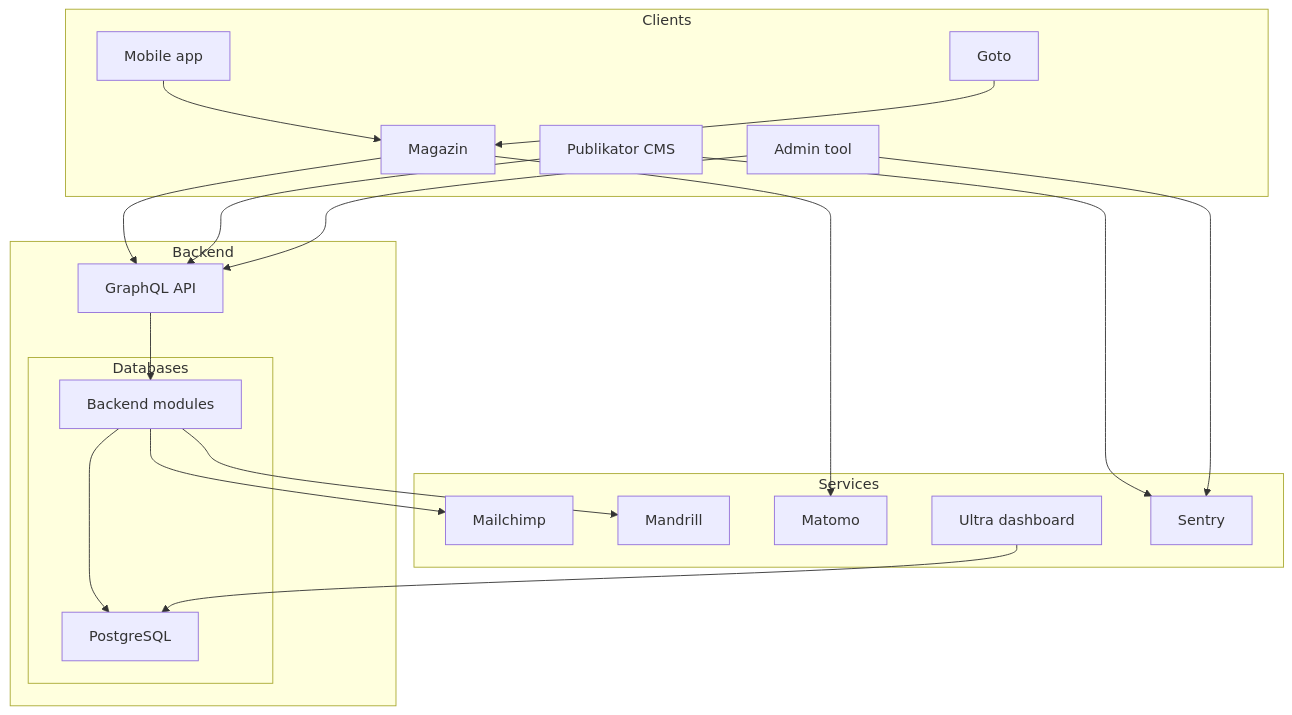
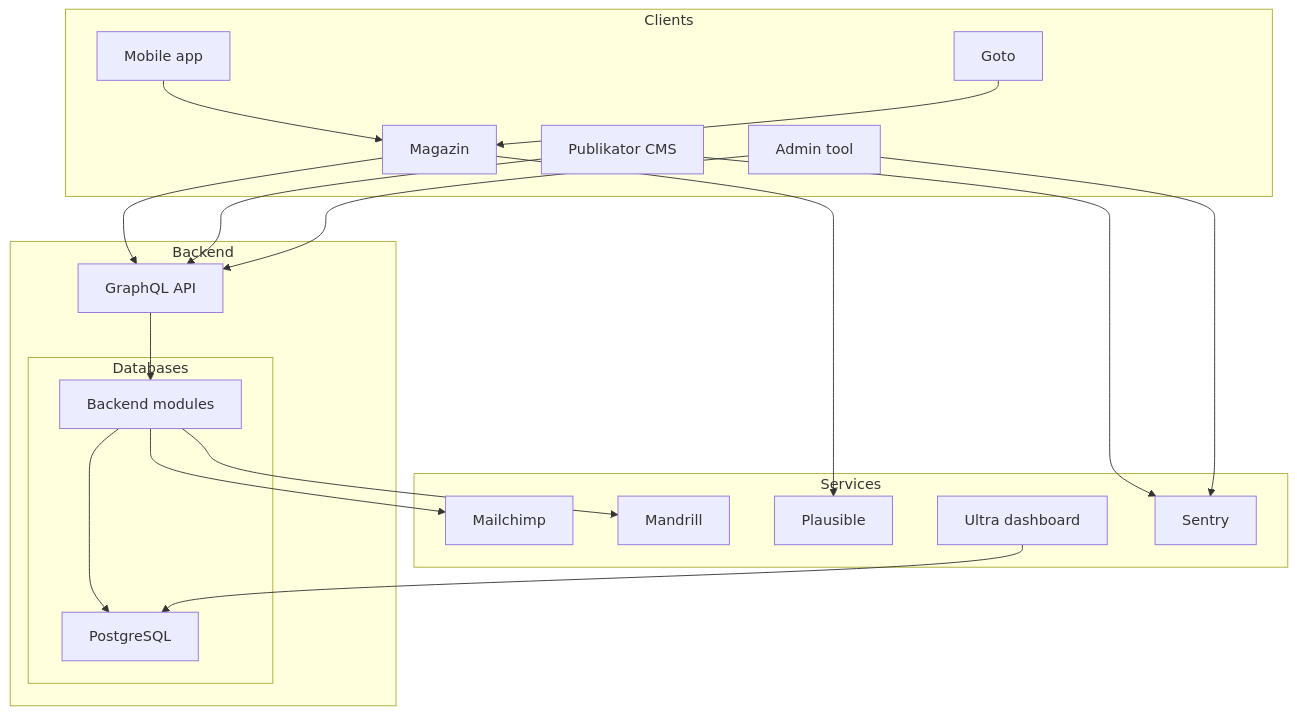
Before and after one commit to republik/plattform: the diagram in docs/pages/software/architecture.md, drawn with Mermaid. The commit also changed other lines of this file and 1 other file, not shown here.

Commit message:
remove matomo mentions

````diff
--- a/docs/pages/software/architecture.md
+++ b/docs/pages/software/architecture.md
@@ -5,44 +5,44 @@
 ```mermaid
 graph TD;
   subgraph Clients [Clients]
     APP[Mobile app];
     MAGAZIN[Magazin];
     PUBLIKATOR[Publikator CMS];
     ADMIN[Admin tool];
     GOTO[Goto];
     APP --> MAGAZIN;
     GOTO --> MAGAZIN;
   end
 
   subgraph Backend [Backend]
     API[GraphQL API];
     BACKEND_MODULES[Backend modules];
     API --> BACKEND_MODULES;
     MAGAZIN --> API;
     PUBLIKATOR --> API;
     ADMIN --> API;
 
     subgraph Databases [Databases]
       DB[PostgreSQL];
       BACKEND_MODULES --> DB;
     end
 
   end
 
   subgraph Services [Services]
     MAILCHIMP[Mailchimp];
     MANDRILL[Mandrill];
-    MATOMO[Matomo];
+    PLAUSIBLE[Plausible];
     ULTRA[Ultra dashboard];
     SENTRY[Sentry];
 
     BACKEND_MODULES --> MAILCHIMP;
     BACKEND_MODULES --> MANDRILL;
 
-    MAGAZIN --> MATOMO;
+    MAGAZIN --> PLAUSIBLE;
     PUBLIKATOR --> SENTRY;
     ADMIN --> SENTRY;
 
     ULTRA --> DB;
   end
 ```
````
